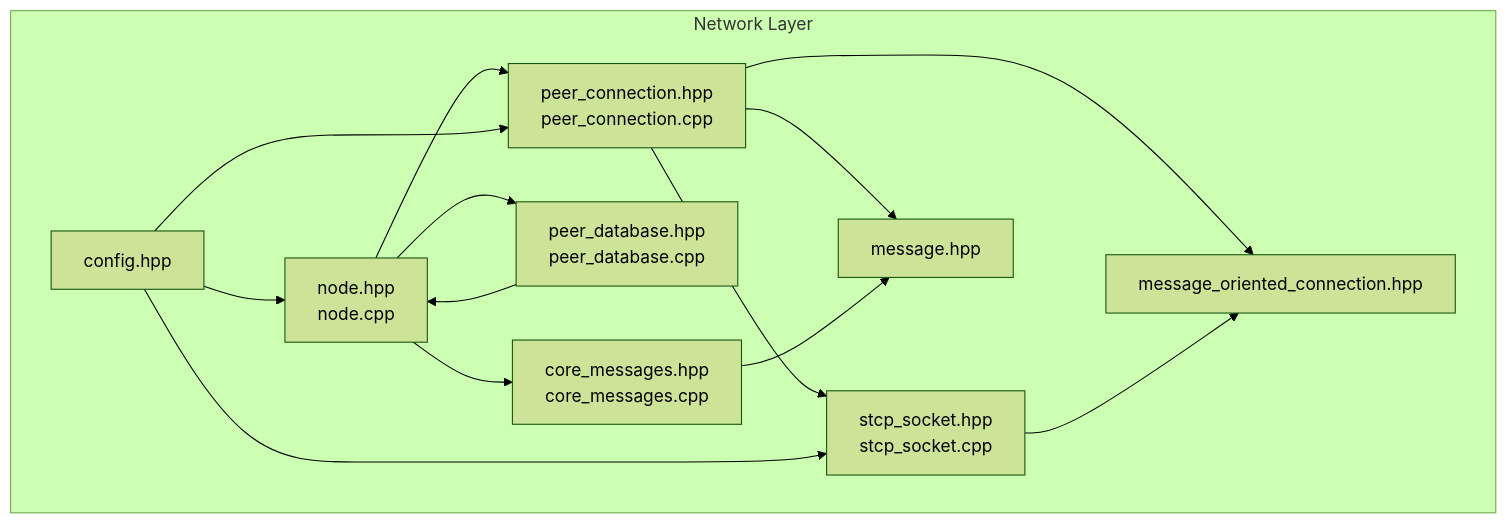
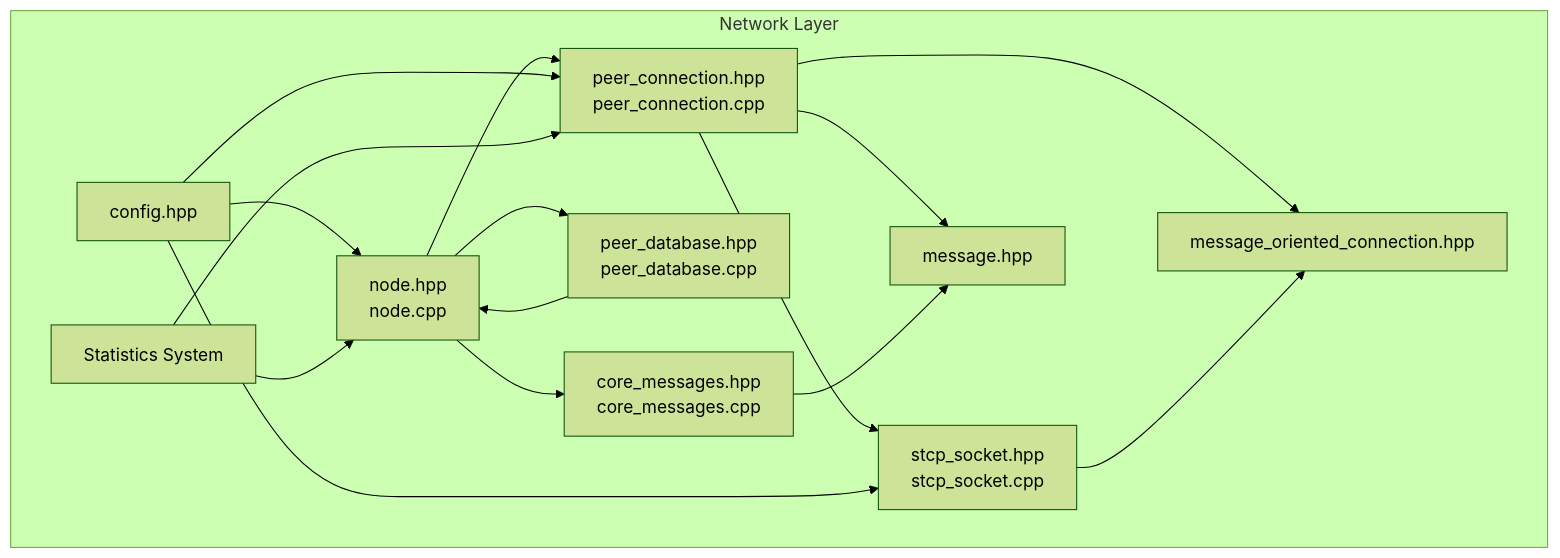
The first of 11 diagrams in .qoder/repowiki/en/content/Architecture Overview/Core Libraries/Network Library/Network Library.md (VIZ-Blockchain/viz-cpp-node), drawn with Mermaid (forest theme) before and after one commit. The commit also changed other lines of this file and 3 other files, not shown here.

First line of the commit message:
docs(network): add detailed peer statistics and metrics system documentation

````diff
--- a/.qoder/repowiki/en/content/Architecture Overview/Core Libraries/Network Library/Network Library.md
+++ b/.qoder/repowiki/en/content/Architecture Overview/Core Libraries/Network Library/Network Library.md
@@ -44,25 +56,28 @@
 ```mermaid
 graph TB
 subgraph "Network Layer"
 N["node.hpp<br/>node.cpp"]
 PC["peer_connection.hpp<br/>peer_connection.cpp"]
 MSG["message.hpp"]
 CM["core_messages.hpp<br/>core_messages.cpp"]
 STCP["stcp_socket.hpp<br/>stcp_socket.cpp"]
 PD["peer_database.hpp<br/>peer_database.cpp"]
 MOC["message_oriented_connection.hpp"]
 CFG["config.hpp"]
+STATS["Statistics System"]
 end
 N --> PC
 N --> PD
 N --> CM
 PC --> MOC
 PC --> STCP
 PC --> MSG
 CM --> MSG
 STCP --> MOC
 PD --> N
 CFG --> N
 CFG --> PC
 CFG --> STCP
+STATS --> N
+STATS --> PC
 ```
````
